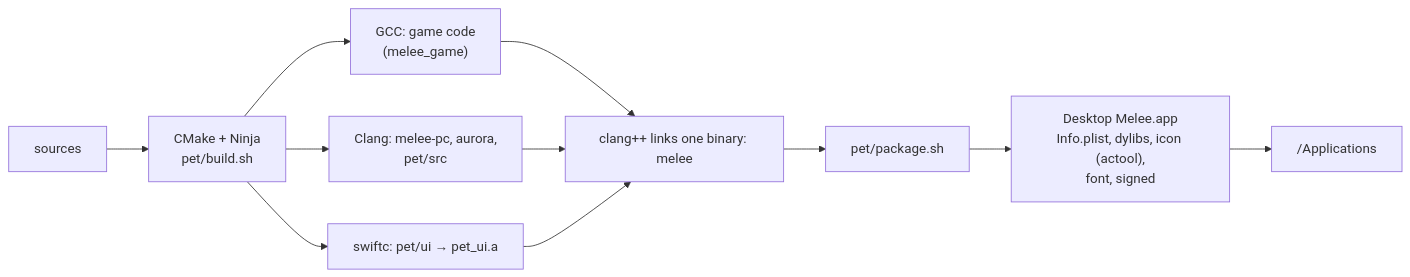
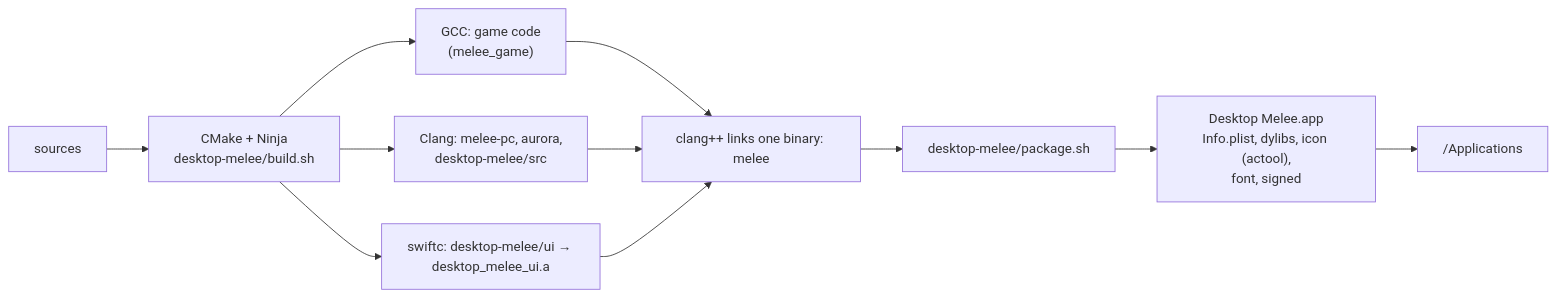
Diagram 12 of 12 in docs/desktop-melee/how-it-works.md (Mwrnk/desktop-melee), drawn with Mermaid before and after one commit. The commit also changed other lines of this file and 67 other files, not shown here.

First line of the commit message:
Rename pet to Desktop Melee in code, paths and docs

````diff
--- a/docs/desktop-melee/how-it-works.md
+++ b/docs/desktop-melee/how-it-works.md
@@ -650,13 +653,13 @@
 ```mermaid
 flowchart LR
-    SRC["sources"] --> CM["CMake + Ninja<br/>pet/build.sh"]
+    SRC["sources"] --> CM["CMake + Ninja<br/>desktop-melee/build.sh"]
     CM --> G["GCC: game code<br/>(melee_game)"]
-    CM --> C["Clang: melee-pc, aurora,<br/>pet/src"]
-    CM --> SW["swiftc: pet/ui → pet_ui.a"]
+    CM --> C["Clang: melee-pc, aurora,<br/>desktop-melee/src"]
+    CM --> SW["swiftc: desktop-melee/ui → desktop_melee_ui.a"]
     G --> L["clang++ links one binary: melee"]
     C --> L
     SW --> L
-    L --> P["pet/package.sh"]
+    L --> P["desktop-melee/package.sh"]
     P --> APP["Desktop Melee.app<br/>Info.plist, dylibs, icon (actool),<br/>font, signed"]
     APP --> INST["/Applications"]
 ```
````
